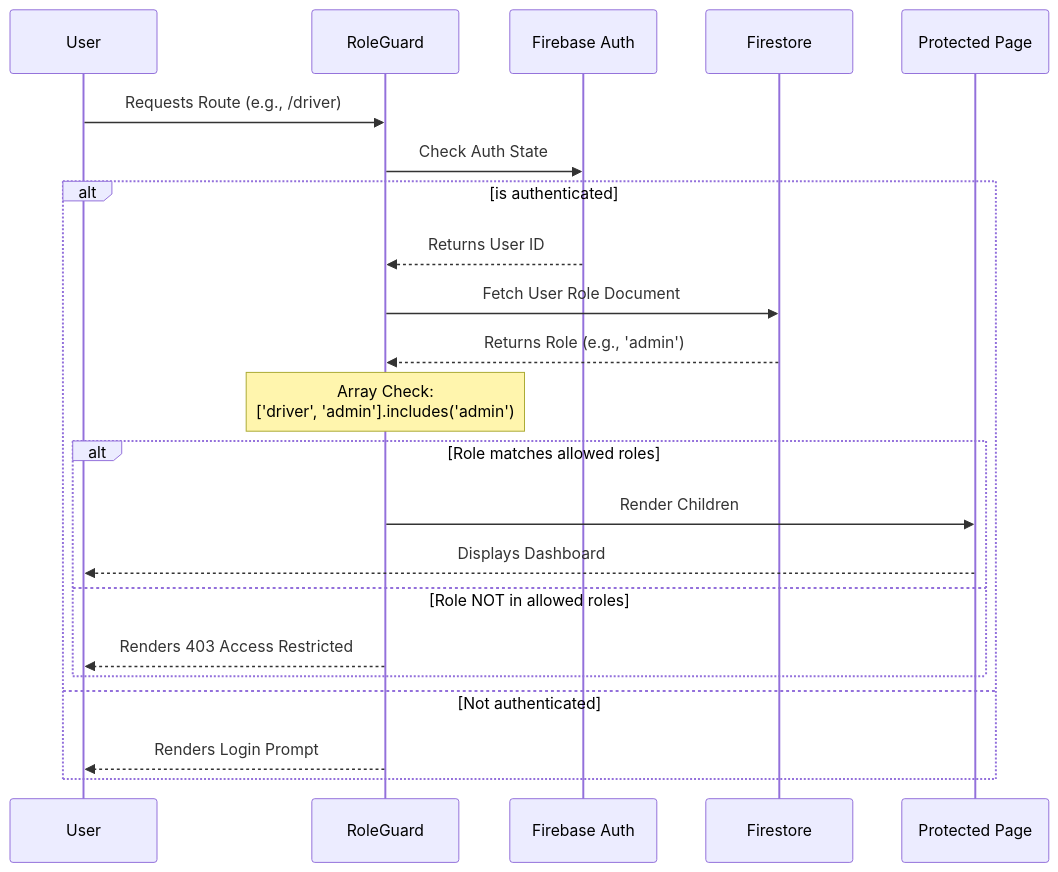
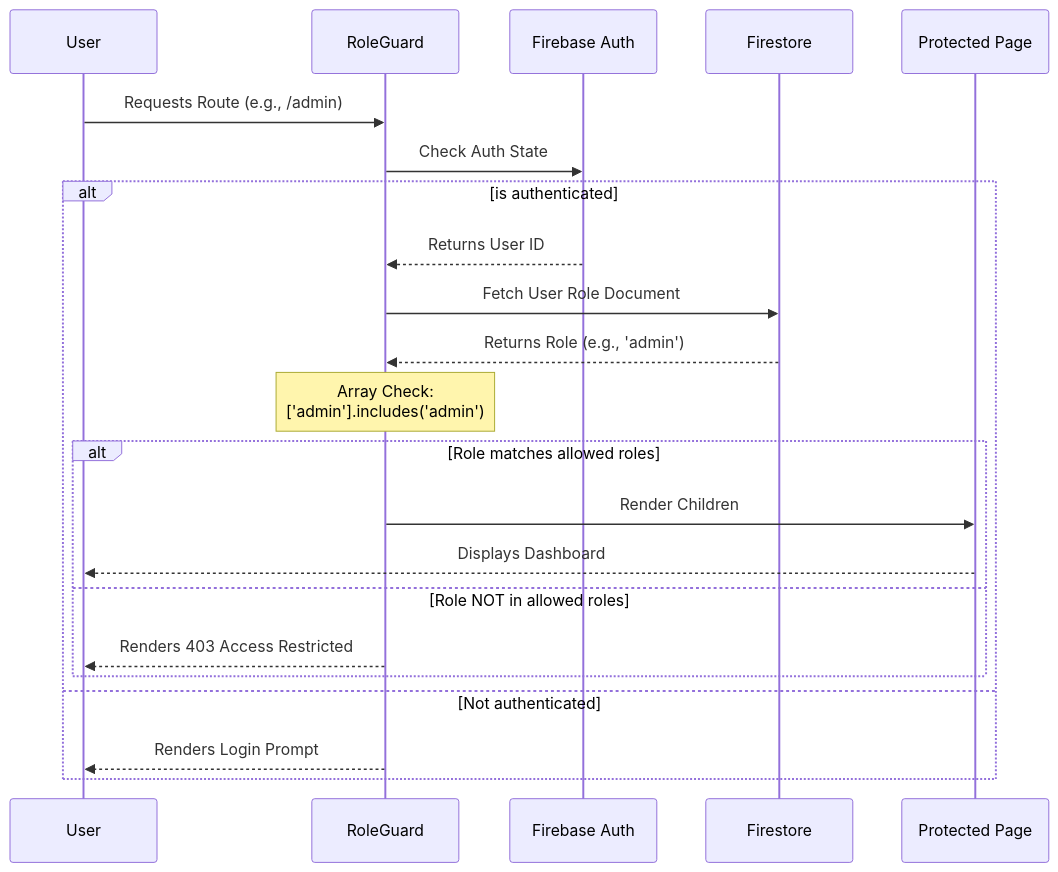
Before and after one commit to notnamansinha/Eki: the second of 4 diagrams in docs/architecture.md, drawn with Mermaid. The commit also changed other lines of this file and 2 other files, not shown here.

First line of the commit message:
docs: comprehensive rewrite of architecture and optimizations

````diff
--- a/docs/architecture.md
+++ b/docs/architecture.md
@@ -57,28 +57,28 @@
 ```mermaid
 sequenceDiagram
     participant User
     participant RoleGuard
     participant Firebase Auth
     participant Firestore
     participant Protected Page
 
-    User->>RoleGuard: Requests Route (e.g., /driver)
+    User->>RoleGuard: Requests Route (e.g., /admin)
     RoleGuard->>Firebase Auth: Check Auth State
     
     alt is authenticated
         Firebase Auth-->>RoleGuard: Returns User ID
         RoleGuard->>Firestore: Fetch User Role Document
         Firestore-->>RoleGuard: Returns Role (e.g., 'admin')
         
-        Note over RoleGuard: Array Check:<br>['driver', 'admin'].includes('admin')
+        Note over RoleGuard: Array Check:<br>['admin'].includes('admin')
         
         alt Role matches allowed roles
             RoleGuard->>Protected Page: Render Children
             Protected Page-->>User: Displays Dashboard
         else Role NOT in allowed roles
             RoleGuard-->>User: Renders 403 Access Restricted
         end
     else Not authenticated
         RoleGuard-->>User: Renders Login Prompt
     end
 ```
````
